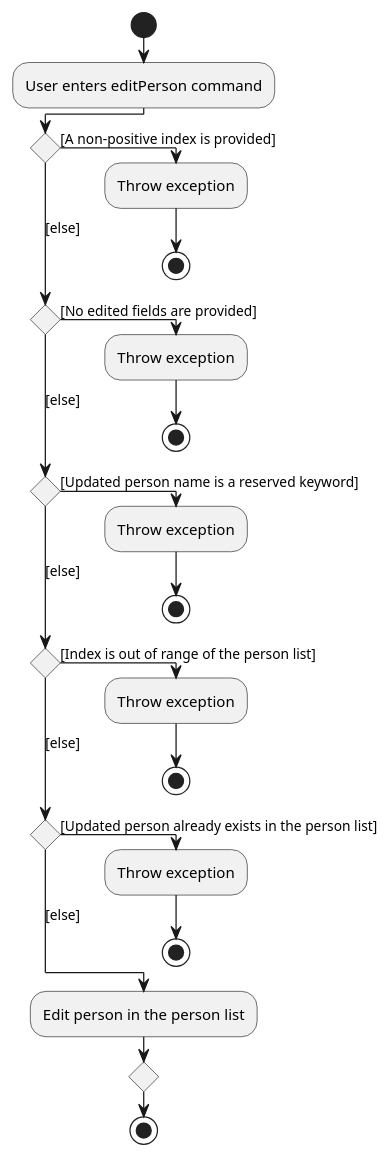
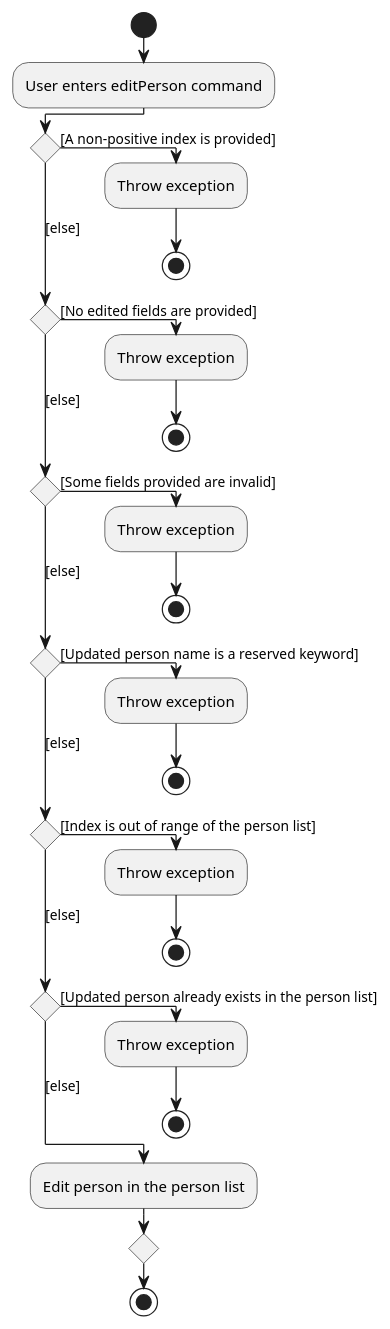
The diagram in docs/diagrams/EditPersonActivityDiagram.puml (wui-hong/tp), drawn with PlantUML before and after one commit. The commit also changed 2 other files, not shown here.

```diff
--- a/docs/diagrams/EditPersonActivityDiagram.puml
+++ b/docs/diagrams/EditPersonActivityDiagram.puml
@@ -1,24 +1,27 @@
 @startuml
 !pragma useVerticalIf on
 start
 :User enters editPerson command;
 if () then ([A non-positive index is provided])
   :Throw exception;
   stop
 ([else]) elseif () then ([No edited fields are provided])
+  :Throw exception;
+  stop
+([else]) elseif () then ([Some fields provided are invalid])
   :Throw exception;
   stop
 ([else]) elseif () then ([Updated person name is a reserved keyword])
   :Throw exception;
   stop
 ([else]) elseif () then ([Index is out of range of the person list])
   :Throw exception;
   stop
 ([else]) elseif () then ([Updated person already exists in the person list])
   :Throw exception;
   stop
 else ([else])
   :Edit person in the person list;
 endif
 stop
 @enduml
```
